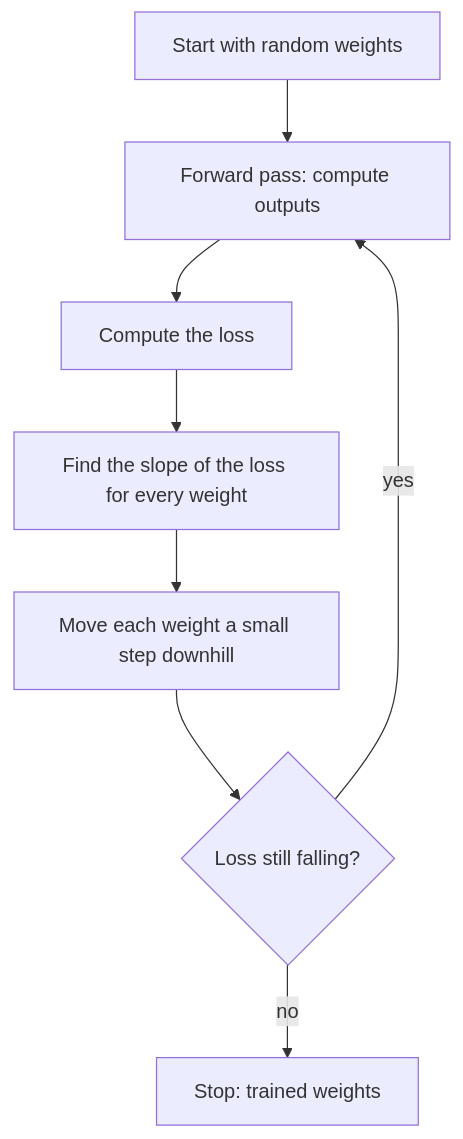
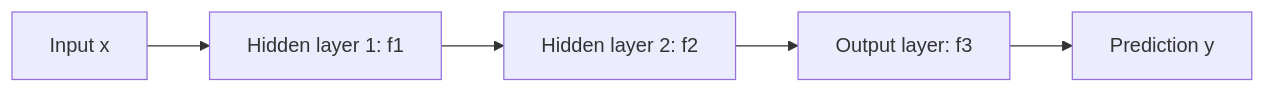
One commit to TrendySloth1001/sem-seven-notes changed the fifth of 5 diagrams in content/deep-learning/notes/perceptron-mlp.mdx. Above: the diagram before and after it, drawn with Mermaid. The commit also changed other lines of this file and 168 other files, not shown here.

Commit message:
Rewrite the Module 1, activation, loss and GAN notes and their 25 answers from the teachers' class files. They keep the teacher's definitions, use 80 of their figures with class-notes citations only, and fix the slide errors in the XOR, NAND, loss and KL formulas.

````diff
--- a/content/deep-learning/notes/perceptron-mlp.mdx
+++ b/content/deep-learning/notes/perceptron-mlp.mdx
@@ -359,11 +273,8 @@
 ```mermaid
-%% caption: The gradient-descent loop. Each pass measures the error, finds which way each weight should move, and takes a small step downhill.
-flowchart TD
-  A["Start with random weights"] --> B["Forward pass: compute outputs"]
-  B --> C["Compute the loss"]
-  C --> D["Find the slope of the loss for every weight"]
-  D --> E["Move each weight a small step downhill"]
-  E --> F{"Loss still falling?"}
-  F -- "yes" --> B
-  F -- "no" --> G["Stop: trained weights"]
+%% caption: Data in a feedforward network flows in one direction only. There is no loop back.
+flowchart LR
+  A["Input x"] --> B["Hidden layer 1: f1"]
+  B --> C["Hidden layer 2: f2"]
+  C --> D["Output layer: f3"]
+  D --> E["Prediction y"]
 ```
````
